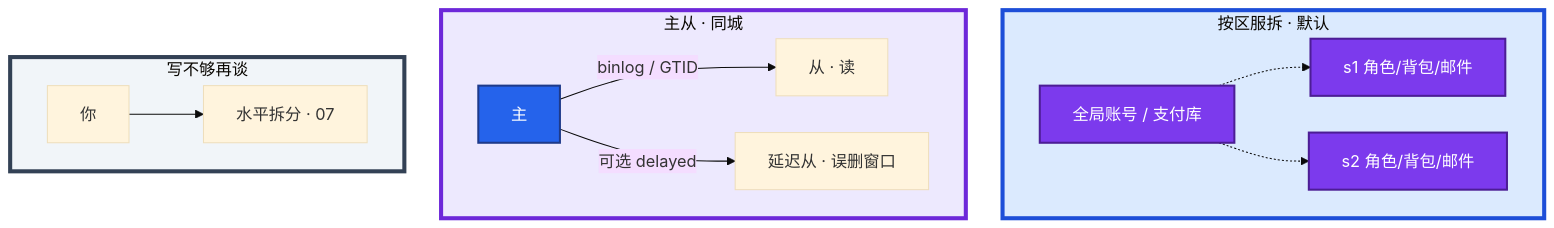
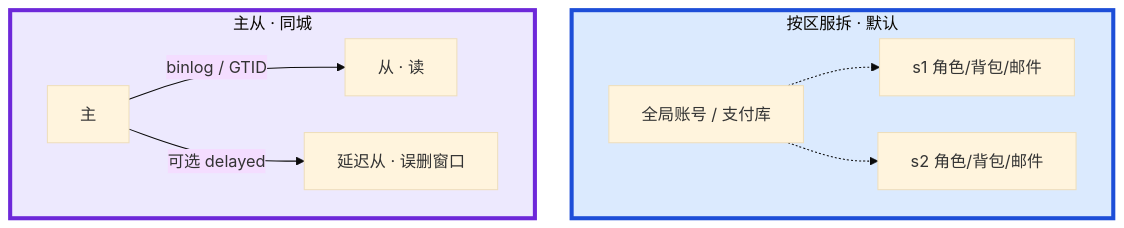
The third of 4 diagrams in 03-中间件与数据库/01-MySQL/知识点.md (ml-cuizijun/LearnToLilith), drawn with Mermaid before and after one commit. The commit also changed other lines of this file and 107 other files, not shown here.

````diff
--- a/03-中间件与数据库/01-MySQL/知识点.md
+++ b/03-中间件与数据库/01-MySQL/知识点.md
@@ -140,29 +131,19 @@
 ```mermaid
 %%{init: {"flowchart": {"padding": 16, "nodeSpacing": 36, "rankSpacing": 48}, "theme": "base"}}%%
 flowchart TB
     subgraph zone ["按区服拆 · 默认"]
         pay[全局账号 / 支付库]
         s1[s1 角色/背包/邮件]
         s2[s2 角色/背包/邮件]
         pay -.-> s1
         pay -.-> s2
     end
 
     subgraph ha ["主从 · 同城"]
         m[主] -->|binlog / GTID| r1[从 · 读]
         m -->|可选 delayed| r2[延迟从 · 误删窗口]
     end
 
-    subgraph later ["写不够再谈"]
-        shard[水平拆分 · 07]
-        you[你] --> shard
-    end
-
-    classDef db fill:#7C3AED,stroke:#4C1D95,stroke-width:2px,color:#fff
-    classDef pri fill:#2563EB,stroke:#1E3A8A,stroke-width:2px,color:#fff
-    class pay,s1,s2 db
-    class m pri
     style zone fill:#DBEAFE,stroke:#1D4ED8,stroke-width:4px
     style ha fill:#EDE9FE,stroke:#6D28D9,stroke-width:4px
-    style later fill:#F1F5F9,stroke:#334155,stroke-width:4px
 ```
````
